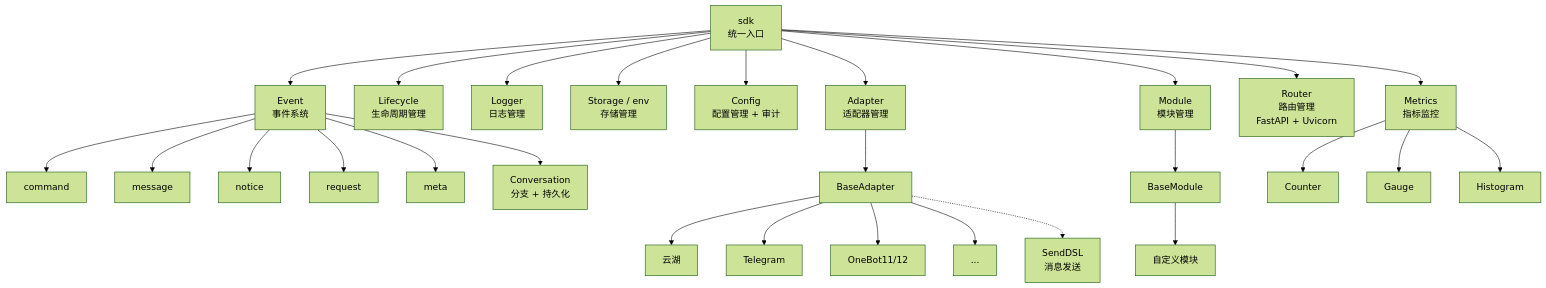
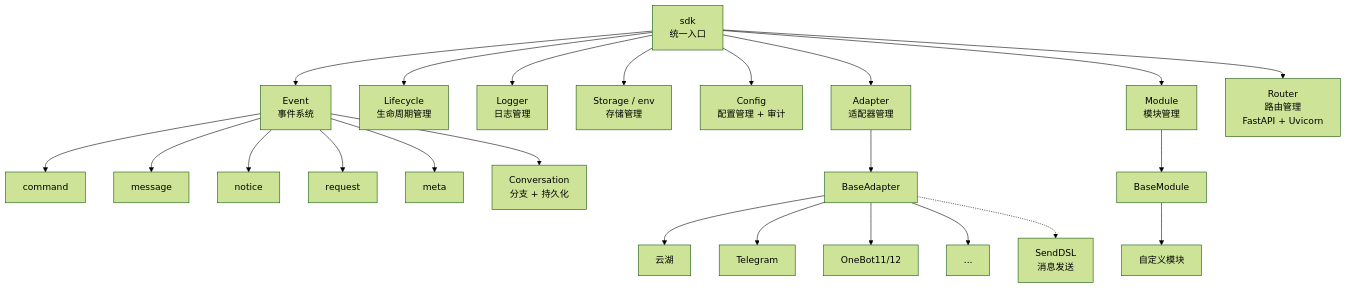
One commit to ErisPulse/ErisPulse changed the first of 5 diagrams in docs/zh-CN/architecture.md. Above: the diagram before and after it, drawn with Mermaid (forest theme). The commit also changed other lines of this file and 1 other file, not shown here.

Commit message:
docs: 移除 Metrics 模块相关文档

````diff
--- a/docs/zh-CN/architecture.md
+++ b/docs/zh-CN/architecture.md
@@ -9,36 +9,30 @@
 ```mermaid
 graph TB
     SDK["sdk<br/>统一入口"]
 
     SDK --> Event["Event<br/>事件系统"]
     SDK --> Lifecycle["Lifecycle<br/>生命周期管理"]
     SDK --> Logger["Logger<br/>日志管理"]
     SDK --> Storage["Storage / env<br/>存储管理"]
     SDK --> Config["Config<br/>配置管理 + 审计"]
     SDK --> AdapterMgr["Adapter<br/>适配器管理"]
     SDK --> ModuleMgr["Module<br/>模块管理"]
     SDK --> Router["Router<br/>路由管理<br/>FastAPI + Uvicorn"]
-    SDK --> Metrics["Metrics<br/>指标监控"]
-
     Event --> Command["command"]
     Event --> Message["message"]
     Event --> Notice["notice"]
     Event --> Request["request"]
     Event --> Meta["meta"]
     Event --> Conversation["Conversation<br/>分支 + 持久化"]
 
     AdapterMgr --> BaseAdapter["BaseAdapter"]
     BaseAdapter --> P1["云湖"]
     BaseAdapter --> P2["Telegram"]
     BaseAdapter --> P3["OneBot11/12"]
     BaseAdapter --> PN["..."]
 
     ModuleMgr --> BaseModule["BaseModule"]
     BaseModule --> CM["自定义模块"]
 
     BaseAdapter -.-> SendDSL["SendDSL<br/>消息发送"]
-
-    Metrics --> Counter["Counter"]
-    Metrics --> Gauge["Gauge"]
-    Metrics --> Histogram["Histogram"]
 ```
````
